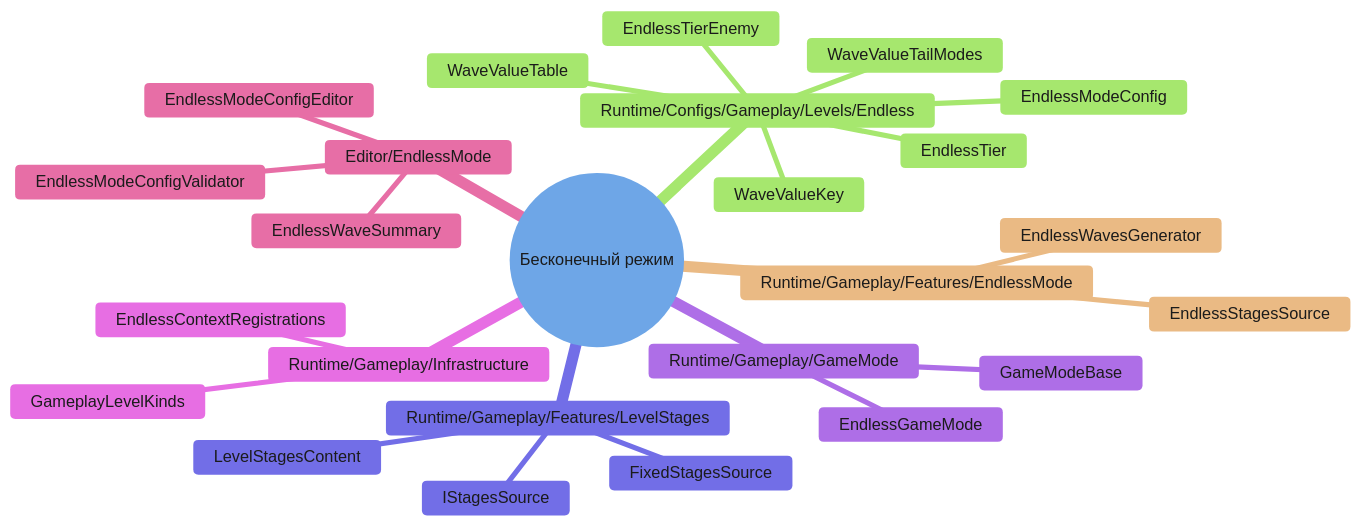
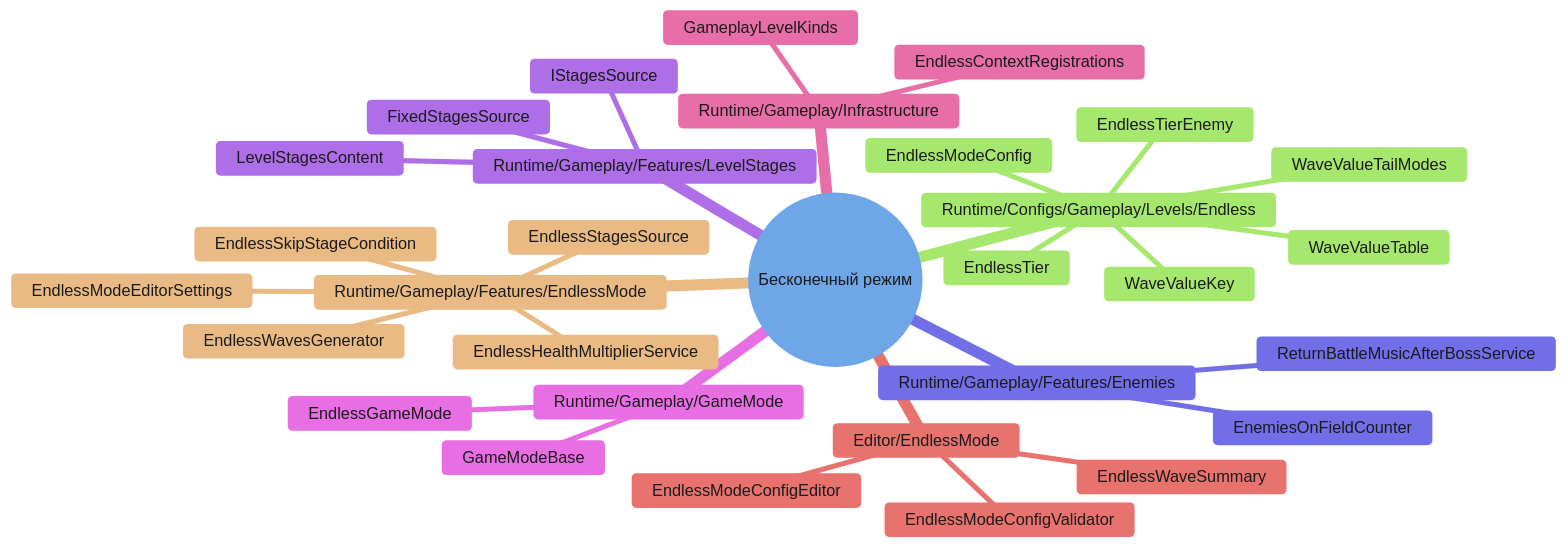
Diagram 24 of 24 in Docs/EndlessModeArchitecture.md (TheImperialGuard/KingdomStandTD), drawn with Mermaid before and after one commit. The commit also changed other lines of this file, not shown here.

Commit message:
docs(endless): Draw the bosses, health growth and wave call of the endless mode

````diff
--- a/Docs/EndlessModeArchitecture.md
+++ b/Docs/EndlessModeArchitecture.md
@@ -496,29 +730,35 @@
 ```mermaid
 %%{init: {"theme": "base", "themeVariables": {"primaryColor": "#dbe9f9", "primaryTextColor": "#1b1b1b", "primaryBorderColor": "#5b8fd1", "lineColor": "#8b949e", "textColor": "#8b949e"}}}%%
 mindmap
   root((Бесконечный режим))
     Runtime/Configs/Gameplay/Levels/Endless
       EndlessModeConfig
       EndlessTier
       EndlessTierEnemy
       WaveValueTable
       WaveValueKey
       WaveValueTailModes
     Runtime/Gameplay/Features/EndlessMode
       EndlessWavesGenerator
       EndlessStagesSource
+      EndlessHealthMultiplierService
+      EndlessSkipStageCondition
+      EndlessModeEditorSettings
+    Runtime/Gameplay/Features/Enemies
+      EnemiesOnFieldCounter
+      ReturnBattleMusicAfterBossService
     Runtime/Gameplay/Features/LevelStages
       IStagesSource
       FixedStagesSource
       LevelStagesContent
     Runtime/Gameplay/GameMode
       GameModeBase
       EndlessGameMode
     Runtime/Gameplay/Infrastructure
       EndlessContextRegistrations
       GameplayLevelKinds
     Editor/EndlessMode
       EndlessModeConfigEditor
       EndlessModeConfigValidator
       EndlessWaveSummary
 ```
````
